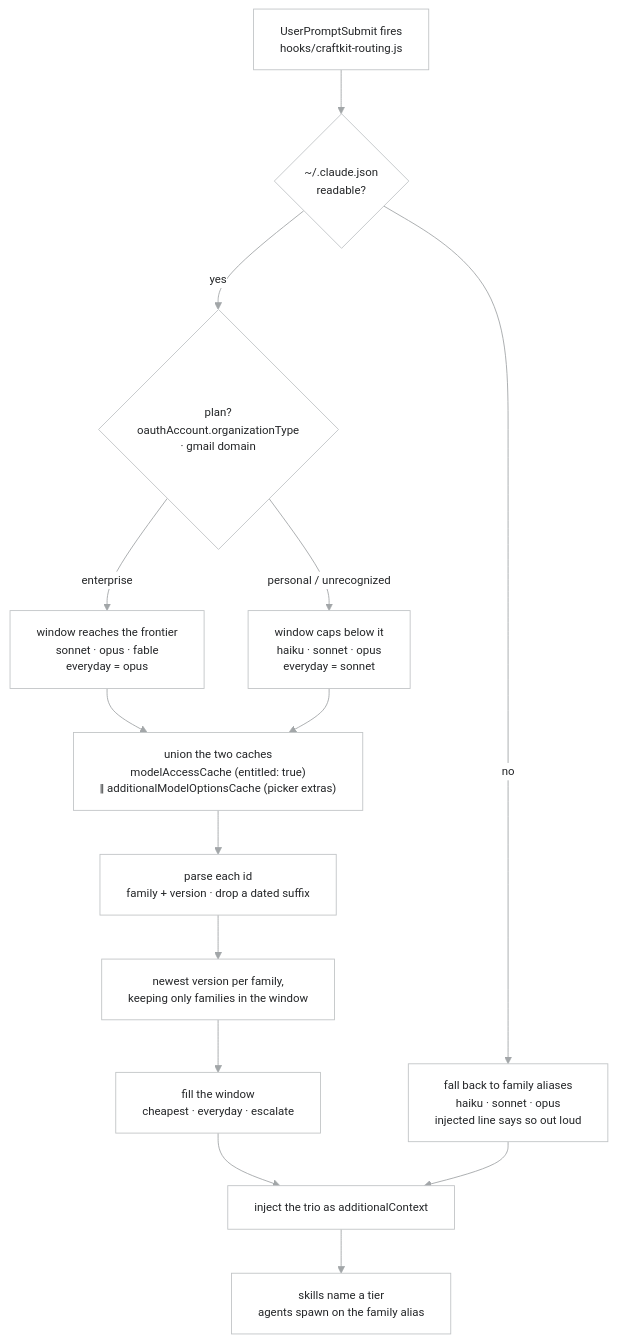
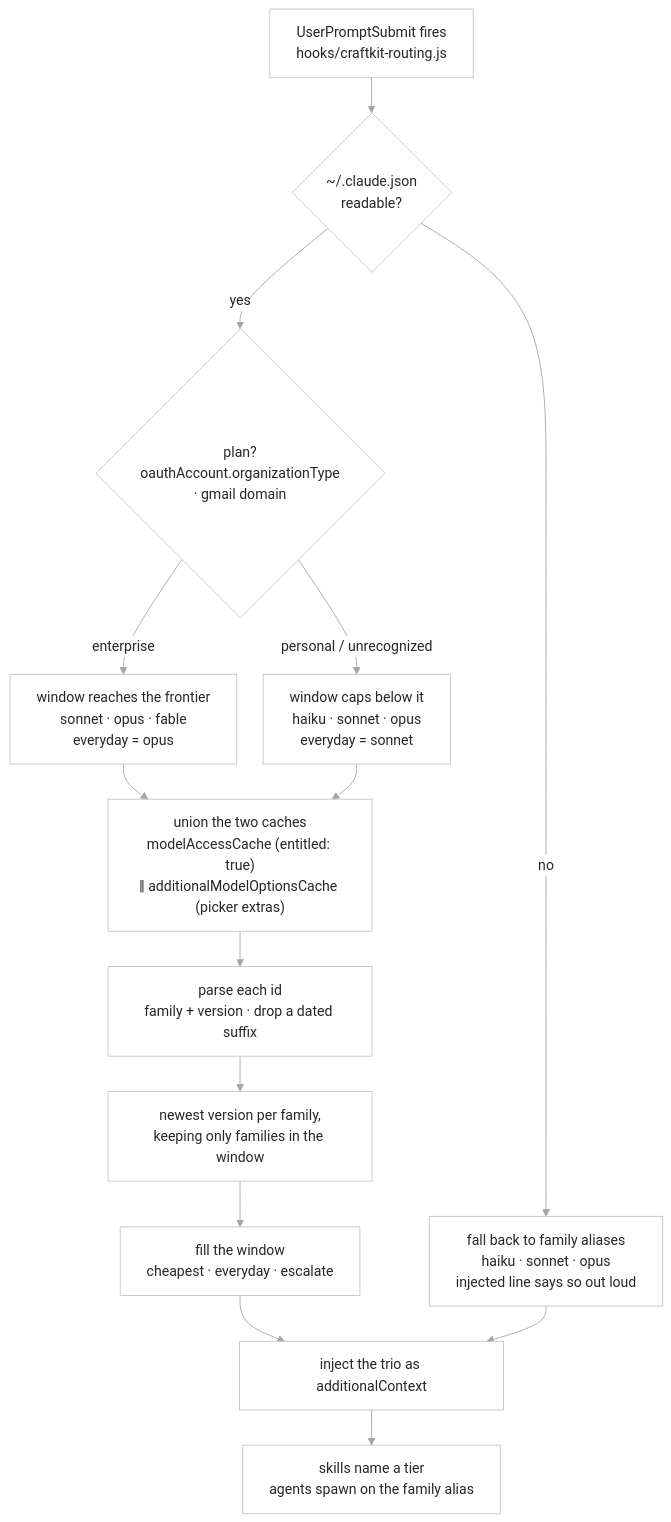
Diagram 17 of 17 in README.md (raditia/CraftKit), drawn with Mermaid before and after one commit. The commit also changed other lines of this file, not shown here.

First line of the commit message:
docs: make README diagrams readable at GitHub width

````diff
--- a/README.md
+++ b/README.md
@@ -1296,36 +1331,38 @@
 ```mermaid
 ---
 config:
   theme: base
   look: classic
   fontFamily: "-apple-system, BlinkMacSystemFont, Segoe UI, Helvetica, Arial, sans-serif"
   themeVariables:
     fontFamily: "-apple-system, BlinkMacSystemFont, Segoe UI, Helvetica, Arial, sans-serif"
-    fontSize: 13px
+    fontSize: 16px
     primaryColor: "#FFFFFF"
     primaryBorderColor: "#C1C4C6"
     primaryTextColor: "#242628"
     lineColor: "#A2A6A8"
     clusterBkg: "#F5FBFF"
     clusterBorder: "#F0F1F2"
     titleColor: "#707577"
     edgeLabelBackground: "#FFFFFF"
   flowchart:
     curve: basis
-    wrappingWidth: 640
+    wrappingWidth: 240
+    nodeSpacing: 30
+    rankSpacing: 40
 ---
 flowchart TD
-    A["UserPromptSubmit fires\nhooks/craftkit-routing.js"] --> B{"~/.claude.json\nreadable?"}
-    B -->|no| Z["fall back to family aliases\nhaiku · sonnet · opus\ninjected line says so out loud"]
-    B -->|yes| PL{"plan?\noauthAccount.organizationType\n· gmail domain"}
-    PL -->|"enterprise"| W1["window reaches the frontier\nsonnet · opus · fable\neveryday = opus"]
-    PL -->|"personal / unrecognized"| W2["window caps below it\nhaiku · sonnet · opus\neveryday = sonnet"]
-    W1 --> C["union the two caches\nmodelAccessCache (entitled: true)\n‖ additionalModelOptionsCache (picker extras)"]
+    A["UserPromptSubmit fires<br/>hooks/craftkit-routing.js"] --> B{"~/.claude.json<br/>readable?"}
+    B -->|no| Z["fall back to family aliases<br/>haiku · sonnet · opus<br/>injected line says so out loud"]
+    B -->|yes| PL{"plan?<br/>oauthAccount.organizationType<br/>· gmail domain"}
+    PL -->|"enterprise"| W1["window reaches the frontier<br/>sonnet · opus · fable<br/>everyday = opus"]
+    PL -->|"personal / unrecognized"| W2["window caps below it<br/>haiku · sonnet · opus<br/>everyday = sonnet"]
+    W1 --> C["union the two caches<br/>modelAccessCache (entitled: true)<br/>‖ additionalModelOptionsCache (picker extras)"]
     W2 --> C
-    C --> D["parse each id\nfamily + version · drop a dated suffix"]
-    D --> E["newest version per family,\nkeeping only families in the window"]
-    E --> H["fill the window\ncheapest · everyday · escalate"]
+    C --> D["parse each id<br/>family + version · drop a dated suffix"]
+    D --> E["newest version per family,<br/>keeping only families in the window"]
+    E --> H["fill the window<br/>cheapest · everyday · escalate"]
     H --> J["inject the trio as additionalContext"]
     Z --> J
-    J --> K["skills name a tier\nagents spawn on the family alias"]
+    J --> K["skills name a tier<br/>agents spawn on the family alias"]
 ```
````
